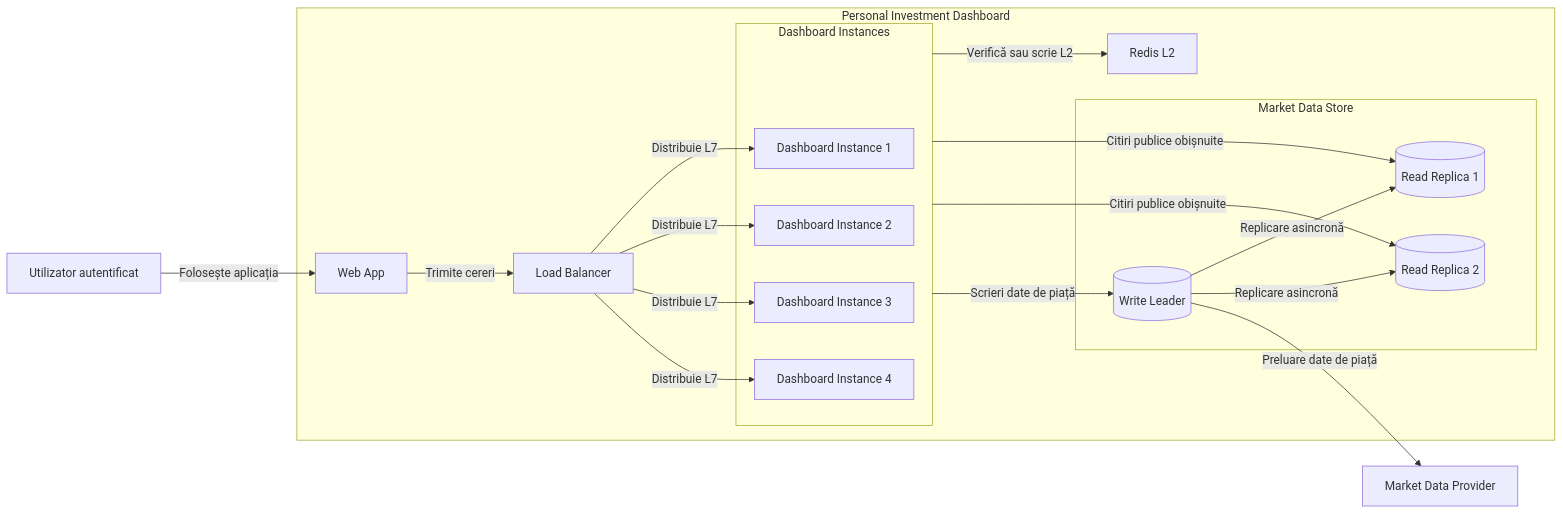
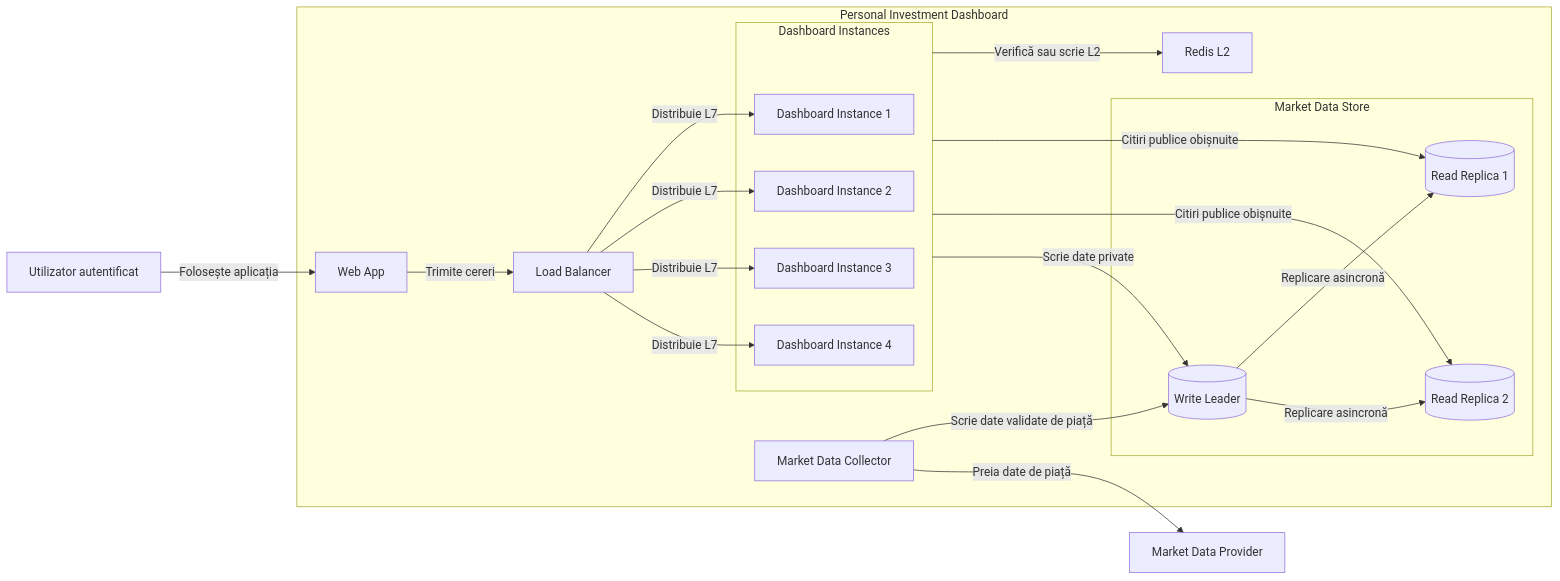
Before and after one commit to victor10520/system-design-labs: the first of 3 diagrams in SD/lab 4/README.md, drawn with Mermaid. The commit also changed other lines of this file and 1 other file, not shown here.

Commit message:
update lab3 and lab4 with separate market data collector container

````diff
--- a/SD/lab 4/README.md
+++ b/SD/lab 4/README.md
@@ -66,42 +66,44 @@
 ```mermaid
 flowchart LR
     user["Utilizator autentificat"]
     provider["Market Data Provider"]
 
     subgraph pid["Personal Investment Dashboard"]
         web["Web App"]
         lb["Load Balancer"]
 
         subgraph cluster["Dashboard Instances"]
             app1["Dashboard Instance 1"]
             app2["Dashboard Instance 2"]
             app3["Dashboard Instance 3"]
             app4["Dashboard Instance 4"]
         end
 
         redis["Redis L2"]
+        collector["Market Data Collector"]
 
         subgraph db["Market Data Store"]
             leader[("Write Leader")]
             rep1[("Read Replica 1")]
             rep2[("Read Replica 2")]
 
             leader -->|"Replicare asincronă"| rep1
             leader -->|"Replicare asincronă"| rep2
         end
 
         web -->|"Trimite cereri"| lb
         lb -->|"Distribuie L7"| app1
         lb -->|"Distribuie L7"| app2
         lb -->|"Distribuie L7"| app3
         lb -->|"Distribuie L7"| app4
 
         cluster -->|"Verifică sau scrie L2"| redis
         cluster -->|"Citiri publice obișnuite"| rep1
         cluster -->|"Citiri publice obișnuite"| rep2
-        cluster -->|"Scrieri date de piață"| leader
+        cluster -->|"Scrie date private"| leader
+        collector -->|"Scrie date validate de piață"| leader
     end
 
     user -->|"Folosește aplicația"| web
-    leader -->|"Preluare date de piață"| provider
+    collector -->|"Preia date de piață"| provider
 ```
````
